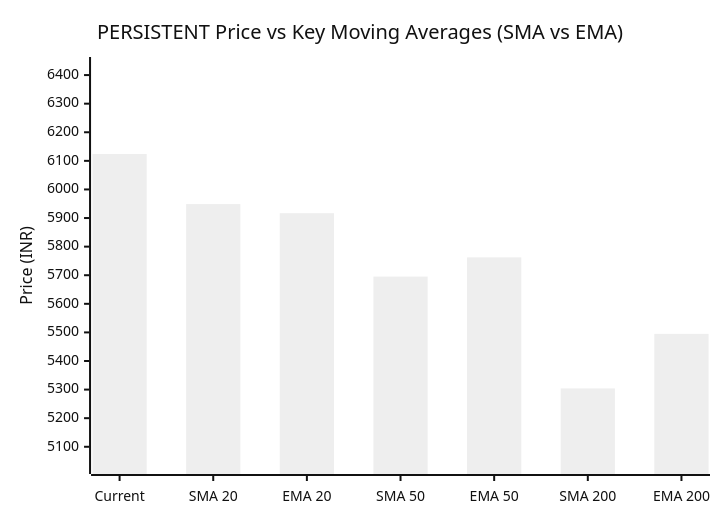
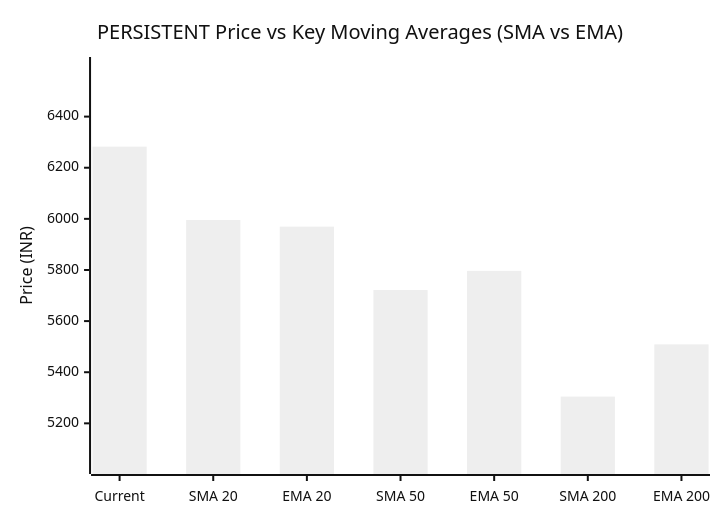
The third of 3 diagrams in market-intelligence/stocks/PERSISTENT/README.md (purnareddy9/dev), drawn with Mermaid (neutral theme) before and after one commit. The commit also changed other lines of this file and 4 other files, not shown here.

````diff
--- a/market-intelligence/stocks/PERSISTENT/README.md
+++ b/market-intelligence/stocks/PERSISTENT/README.md
@@ -104,7 +104,7 @@
 ```mermaid
 xychart-beta
     title "PERSISTENT Price vs Key Moving Averages (SMA vs EMA)"
     x-axis ["Current", "SMA 20", "EMA 20", "SMA 50", "EMA 50", "SMA 200", "EMA 200"]
-    y-axis "Price (INR)" 5038 --> 6430
-    bar [6124.0, 5948.77, 5916.94, 5695.31, 5762.4, 5304.04, 5494.86]
+    y-axis "Price (INR)" 5039 --> 6596
+    bar [6282.5, 5995.7, 5969.6, 5721.44, 5796.42, 5304.66, 5508.89]
 ```
````
